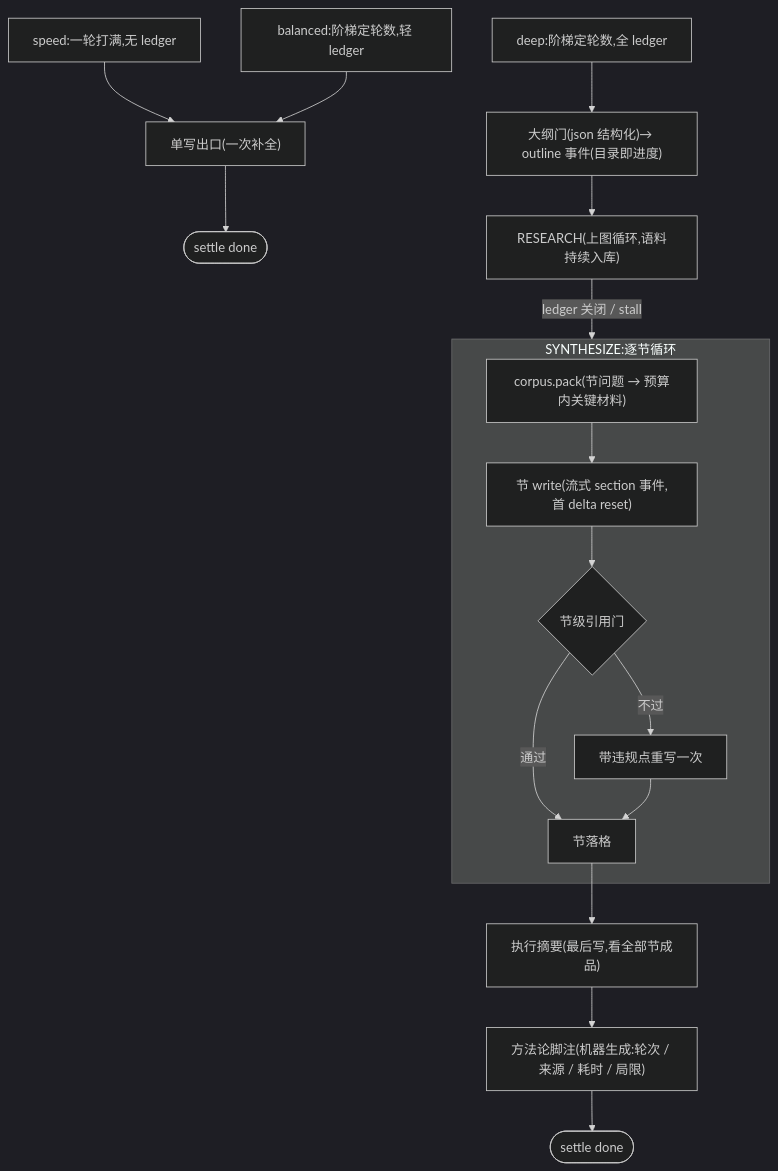
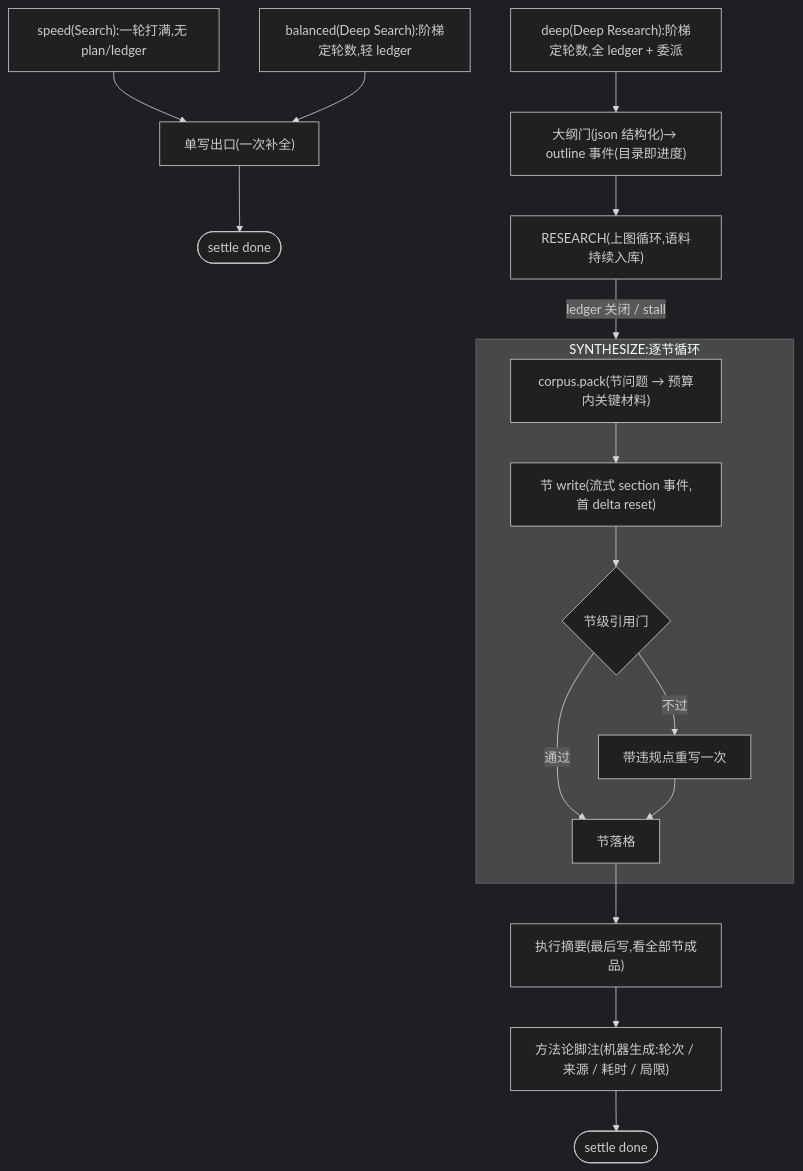
The fourth of 5 diagrams in NEXTGEN-DESIGN.md (hezhijie0327/ZJSearch), drawn with Mermaid (dark theme) before and after one commit. The commit also changed other lines of this file and 1 other file, not shown here.

````diff
--- a/NEXTGEN-DESIGN.md
+++ b/NEXTGEN-DESIGN.md
@@ -315,19 +322,19 @@
 ```mermaid
 flowchart TB
-  SP["speed:一轮打满,无 ledger"] --> W1["单写出口(一次补全)"]
-  BA["balanced:阶梯定轮数,轻 ledger"] --> W1
-  DE["deep:阶梯定轮数,全 ledger"] --> OUT
+  SP["speed(Search):一轮打满,无 plan/ledger"] --> W1["单写出口(一次补全)"]
+  BA["balanced(Deep Search):阶梯定轮数,轻 ledger"] --> W1
+  DE["deep(Deep Research):阶梯定轮数,全 ledger + 委派"] --> OUT
   W1 --> DONE1(["settle done"])
   OUT["大纲门(json 结构化)→ outline 事件(目录即进度)"] --> LOOP["RESEARCH(上图循环,语料持续入库)"]
   LOOP -->|"ledger 关闭 / stall"| SYN
   subgraph SYN["SYNTHESIZE:逐节循环"]
     PACK["corpus.pack(节问题 → 预算内关键材料)"] --> WRITE["节 write(流式 section 事件,首 delta reset)"]
     WRITE --> GATE{"节级引用门"}
     GATE -->|"不过"| REWRITE["带违规点重写一次"]
     GATE -->|"通过"| DONE["节落格"]
     REWRITE --> DONE
   end
   DONE --> SUM["执行摘要(最后写,看全部节成品)"]
   SUM --> METHOD["方法论脚注(机器生成:轮次 / 来源 / 耗时 / 局限)"]
   METHOD --> SETTLE(["settle done"])
 ```
````
